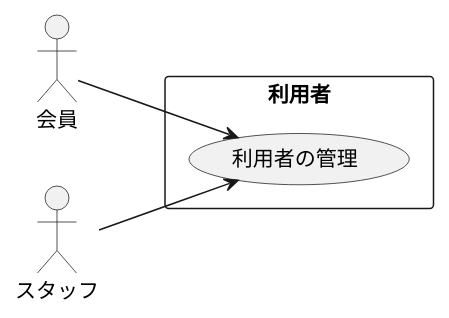
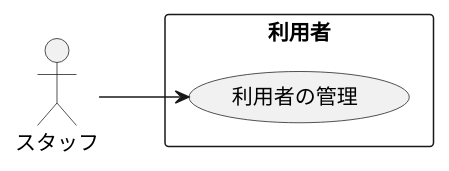
Diagram 22 of 31 in docs/index.adoc (k2works/case-study-mrs), drawn with PlantUML before and after one commit.

Commit message:
docs: コンテキストの分割

```diff
--- a/docs/index.adoc
+++ b/docs/index.adoc
@@ -705,13 +705,11 @@
 [plantuml]
 ----
 @startuml
 left to right direction
-actor "会員" as member
 actor "スタッフ" as admin
 rectangle 利用者 {
   usecase "利用者の管理" as UC1
 }
-member --> UC1
 admin --> UC1
 @enduml
 ----
```
